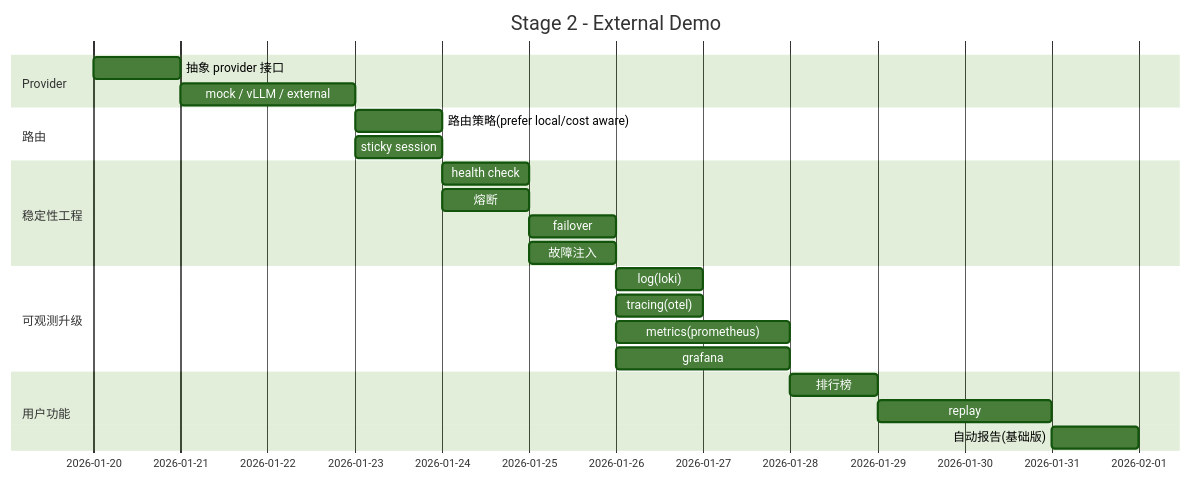
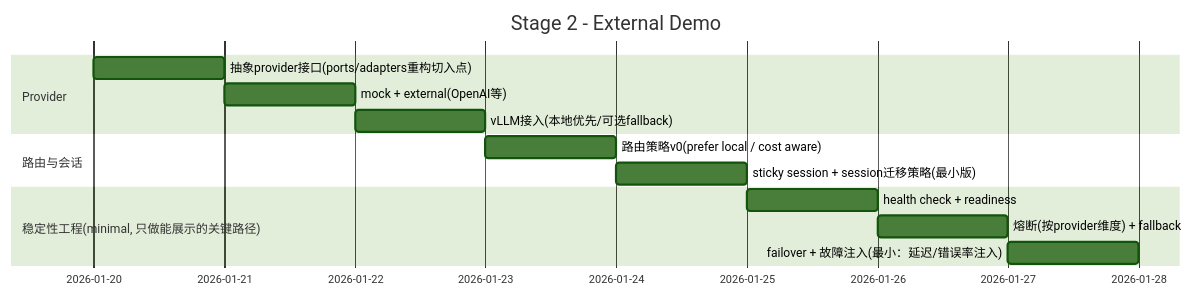
One commit to blacksheepaul/prompt_endgame changed the fourth of 4 diagrams in README.md. Above: the diagram before and after it, drawn with Mermaid (forest theme). The commit also changed other lines of this file, not shown here.

````diff
--- a/README.md
+++ b/README.md
@@ -139,32 +154,22 @@
 ```mermaid
 gantt
     title Stage 2 - External Demo
     dateFormat  YYYY-MM-DD
 
     section Provider
-    抽象 provider 接口                   :a1, 2026-01-20, 1d
-    mock / vLLM / external             :a2, after a1, 2d
+    抽象provider接口(ports/adapters重构切入点)         :a1, 2026-01-20, 1d
+    mock + external(OpenAI等)                           :a2, after a1, 1d
+    vLLM接入(本地优先/可选fallback)                      :a3, after a2, 1d
 
-    section 路由
-    路由策略(prefer local/cost aware)   :b1, after a2, 1d
-    sticky session                     :b2, after a2, 1d
+    section 路由与会话
+    路由策略v0(prefer local / cost aware)                :b1, 2026-01-23, 1d
+    sticky session + session迁移策略(最小版)             :b2, after b1, 1d
 
-    section 稳定性工程
-    health check                      :c1, after b2, 1d
-    熔断                               :c2, after b2, 1d
-    failover                          :c3, after c2, 1d
-    故障注入                           :c4, after c2, 1d
+    section 稳定性工程(minimal, 只做能展示的关键路径)
+    health check + readiness                              :c1, 2026-01-25, 1d
+    熔断(按provider维度) + fallback                       :c2, after c1, 1d
+    failover + 故障注入(最小：延迟/错误率注入)            :c3, after c2, 1d
 
-    section 可观测升级
-    log(loki)                        :d1,after c4, 1d
-    tracing(otel)                    :d2,after c4,1d
-    metrics(prometheus)              :d3,after c4,2d
-    grafana                          :d4,after c4,2d
-
-    section 用户功能
-    排行榜                              :e1, after d4, 1d
-    replay                             :e2, after e1, 2d
-    自动报告(基础版)                     :e3, after e2, 1d
 
 
 ```
````
